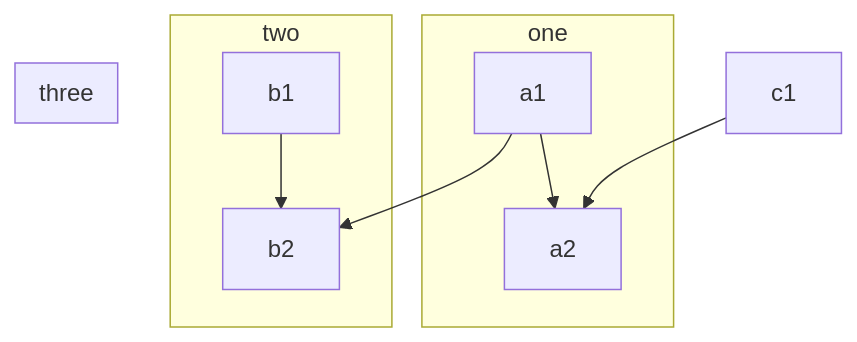
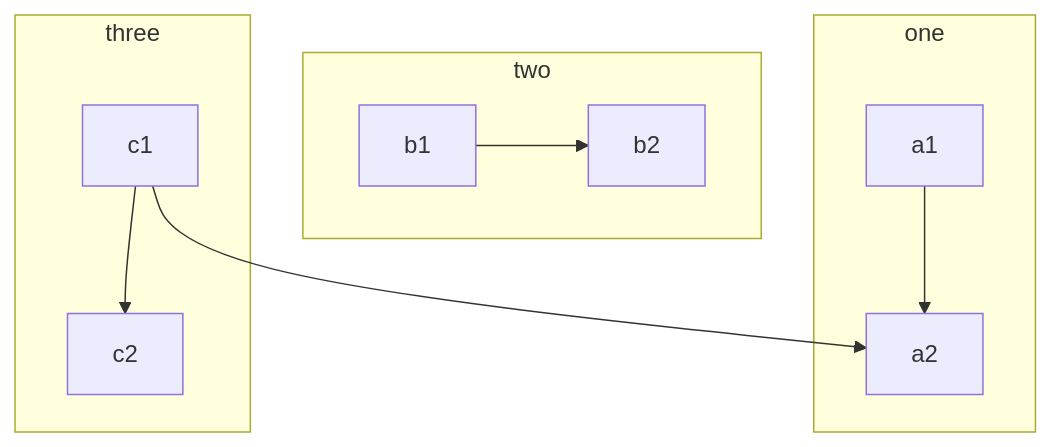
One commit to Zuni2009/Zuni2009.github.io changed the diagram in _posts/2021-04-27-dark-mode.md. Above: the diagram before and after it, drawn with Mermaid. The commit also changed 2 other files, not shown here.

```diff
--- a/_posts/2021-04-27-dark-mode.md
+++ b/_posts/2021-04-27-dark-mode.md
@@ -85,13 +85,13 @@
 <div class="mermaid">
 flowchart TB
     c1-->a2
     subgraph one
     a1-->a2
     end
     subgraph two
     b1-->b2
     end
     subgraph three
-    a1-->b2
+    c1-->c2
     end
 </div>
```
